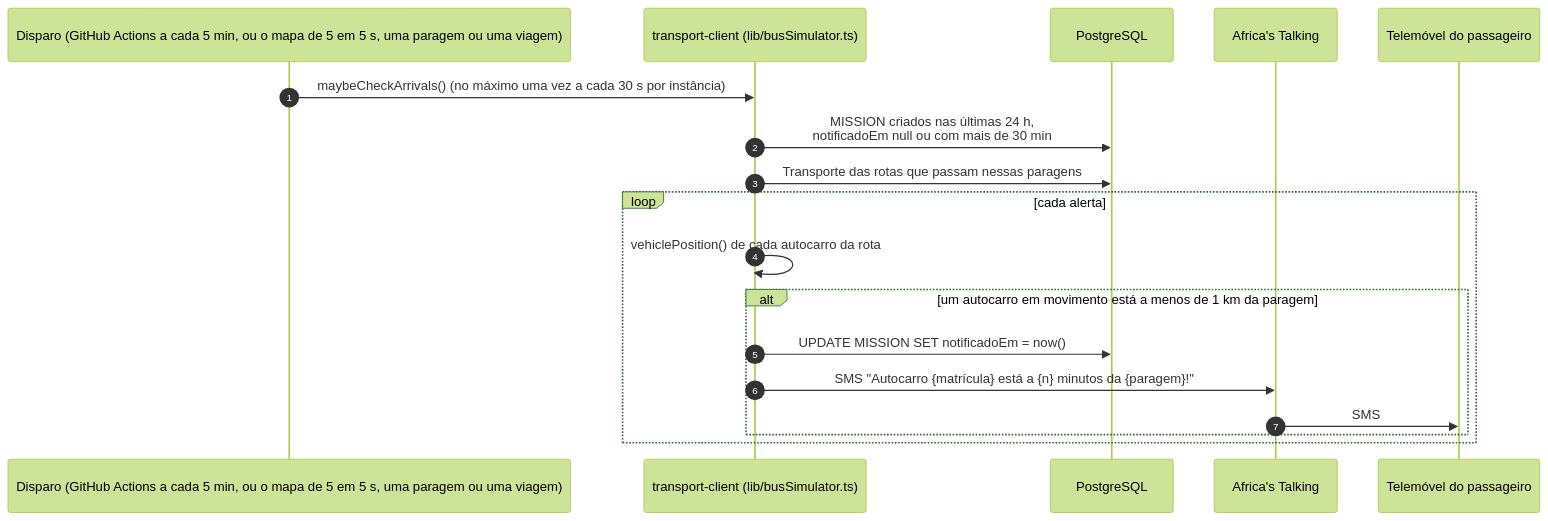
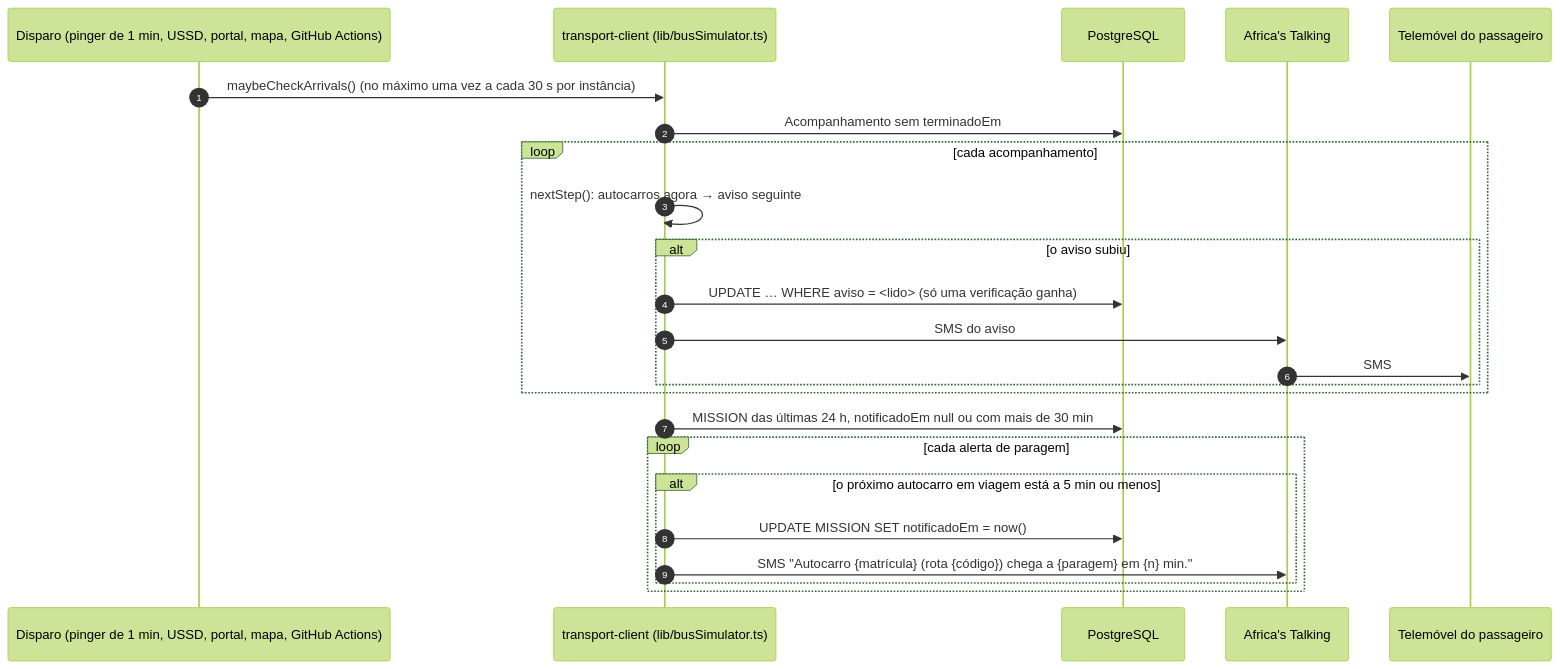
One commit to transportmozambique/Transport-Mozambique changed the fifth of 9 diagrams in docs/fluxos-de-dados.md. Above: the diagram before and after it, drawn with Mermaid (forest theme). The commit also changed other lines of this file and 64 other files, not shown here.

````diff
--- a/docs/fluxos-de-dados.md
+++ b/docs/fluxos-de-dados.md
@@ -192,20 +220,26 @@
 ```mermaid
 sequenceDiagram
   autonumber
-  participant T as Disparo (GitHub Actions a cada 5 min, ou o mapa de 5 em 5 s, uma paragem ou uma viagem)
+  participant T as Disparo (pinger de 1 min, USSD, portal, mapa, GitHub Actions)
   participant C as transport-client (lib/busSimulator.ts)
   participant DB as PostgreSQL
   participant AT as Africa's Talking
   participant P as Telemóvel do passageiro
   T->>C: maybeCheckArrivals() (no máximo uma vez a cada 30 s por instância)
-  C->>DB: MISSION criados nas últimas 24 h,<br/>notificadoEm null ou com mais de 30 min
-  C->>DB: Transporte das rotas que passam nessas paragens
-  loop cada alerta
-    C->>C: vehiclePosition() de cada autocarro da rota
-    alt um autocarro em movimento está a menos de 1 km da paragem
-      C->>DB: UPDATE MISSION SET notificadoEm = now()
-      C->>AT: SMS "Autocarro {matrícula} está a {n} minutos da {paragem}!"
+  C->>DB: Acompanhamento sem terminadoEm
+  loop cada acompanhamento
+    C->>C: nextStep(): autocarros agora → aviso seguinte
+    alt o aviso subiu
+      C->>DB: UPDATE … WHERE aviso = <lido> (só uma verificação ganha)
+      C->>AT: SMS do aviso
       AT->>P: SMS
     end
   end
+  C->>DB: MISSION das últimas 24 h, notificadoEm null ou com mais de 30 min
+  loop cada alerta de paragem
+    alt o próximo autocarro em viagem está a 5 min ou menos
+      C->>DB: UPDATE MISSION SET notificadoEm = now()
+      C->>AT: SMS "Autocarro {matrícula} (rota {código}) chega a {paragem} em {n} min."
+    end
+  end
 ```
````
